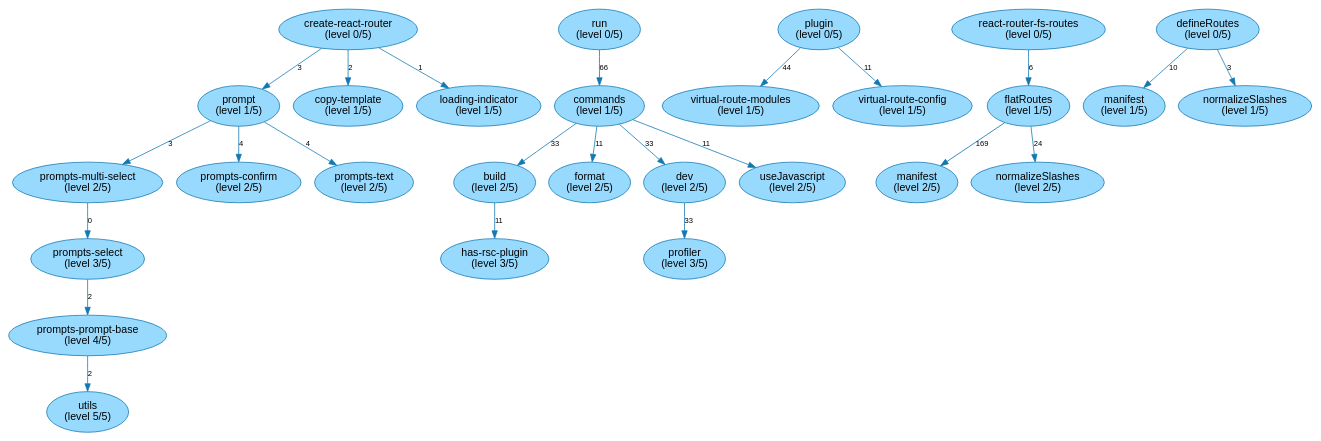
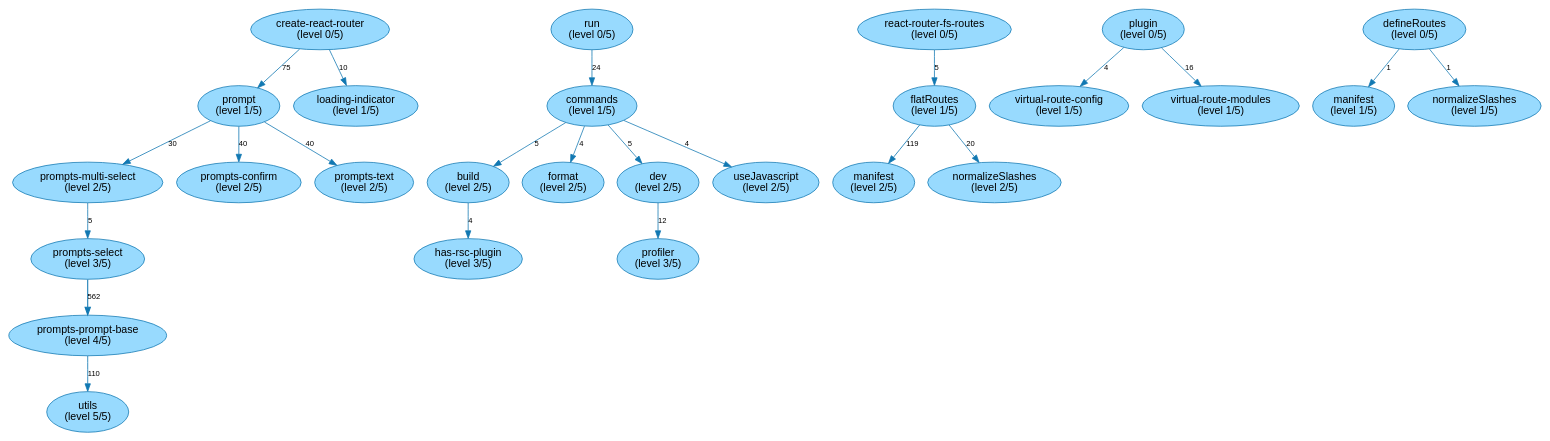
One commit to JohT/code-graph-analysis-examples changed the diagram in analysis-results/react-router/latest/path-finding-visualization/TypeScriptModuleLongestPathsIsolated.gv. Above: the diagram before and after it, drawn with Graphviz. The commit also changed 419 other files, not shown here.

```diff
--- a/analysis-results/react-router/latest/path-finding-visualization/TypeScriptModuleLongestPathsIsolated.gv
+++ b/analysis-results/react-router/latest/path-finding-visualization/TypeScriptModuleLongestPathsIsolated.gv
@@ -1,91 +1,91 @@
 // This GraphViz dot file was generated by the script convertQueryResultCsvToGraphVizDotFile.sh with default.template
 
 strict digraph TypeScriptModuleLongestPathsIsolated {
     fontname = "Helvetica,Arial,sans-serif";
     node [fontname = "Helvetica,Arial,sans-serif";];
     edge [fontname = "Helvetica,Arial,sans-serif"; fontsize = 10;];
     node [style = filled; fillcolor = "0.560 0.400 0.999";];
     node [color = "0.560 0.900 0.700";];
     edge [color = "0.560 0.900 0.700";];
-	"create-react-router\n(level 0/5)" -> "prompt\n(level 1/5)" [label=3; penwidth=1.0; ];
-	"prompt\n(level 1/5)" -> "prompts-multi-select\n(level 2/5)" [label=3; penwidth=1.0; ];
-	"prompts-multi-select\n(level 2/5)" -> "prompts-select\n(level 3/5)" [label=0; penwidth=1.0; ];
-	"prompts-select\n(level 3/5)" -> "prompts-prompt-base\n(level 4/5)" [label=2; penwidth=1.0; ];
-	"prompts-prompt-base\n(level 4/5)" -> "utils\n(level 5/5)" [label=2; penwidth=1.0; ];
-	"create-react-router\n(level 0/5)" -> "prompt\n(level 1/5)" [label=3; penwidth=1.0; ];
-	"prompt\n(level 1/5)" -> "prompts-multi-select\n(level 2/5)" [label=3; penwidth=1.0; ];
-	"prompts-multi-select\n(level 2/5)" -> "prompts-select\n(level 3/5)" [label=0; penwidth=1.0; ];
-	"prompts-select\n(level 3/5)" -> "prompts-prompt-base\n(level 4/5)" [label=2; penwidth=1.0; ];
-	"run\n(level 0/5)" -> "commands\n(level 1/5)" [label=66; penwidth=1.03; ];
-	"commands\n(level 1/5)" -> "build\n(level 2/5)" [label=33; penwidth=1.02; ];
+	"create-react-router\n(level 0/5)" -> "prompt\n(level 1/5)" [label=75; penwidth=1.05; ];
+	"prompt\n(level 1/5)" -> "prompts-multi-select\n(level 2/5)" [label=30; penwidth=1.02; ];
+	"prompts-multi-select\n(level 2/5)" -> "prompts-select\n(level 3/5)" [label=5; penwidth=1.0; ];
+	"prompts-select\n(level 3/5)" -> "prompts-prompt-base\n(level 4/5)" [label=562; penwidth=1.38; ];
+	"prompts-prompt-base\n(level 4/5)" -> "utils\n(level 5/5)" [label=110; penwidth=1.08; ];
+	"create-react-router\n(level 0/5)" -> "prompt\n(level 1/5)" [label=75; penwidth=1.05; ];
+	"prompt\n(level 1/5)" -> "prompts-multi-select\n(level 2/5)" [label=30; penwidth=1.02; ];
+	"prompts-multi-select\n(level 2/5)" -> "prompts-select\n(level 3/5)" [label=5; penwidth=1.0; ];
+	"prompts-select\n(level 3/5)" -> "prompts-prompt-base\n(level 4/5)" [label=562; penwidth=1.38; ];
+	"create-react-router\n(level 0/5)" -> "prompt\n(level 1/5)" [label=75; penwidth=1.05; ];
+	"prompt\n(level 1/5)" -> "prompts-multi-select\n(level 2/5)" [label=30; penwidth=1.02; ];
+	"prompts-multi-select\n(level 2/5)" -> "prompts-select\n(level 3/5)" [label=5; penwidth=1.0; ];
+	"run\n(level 0/5)" -> "commands\n(level 1/5)" [label=24; penwidth=1.02; ];
+	"commands\n(level 1/5)" -> "build\n(level 2/5)" [label=5; penwidth=1.0; ];
 	
-	"run\n(level 0/5)" -> "commands\n(level 1/5)" [label=66; penwidth=1.03; ];
-	"commands\n(level 1/5)" -> "format\n(level 2/5)" [label=11; penwidth=1.01; ];
+	"run\n(level 0/5)" -> "commands\n(level 1/5)" [label=24; penwidth=1.02; ];
+	"commands\n(level 1/5)" -> "format\n(level 2/5)" [label=4; penwidth=1.0; ];
 	
-	"run\n(level 0/5)" -> "commands\n(level 1/5)" [label=66; penwidth=1.03; ];
-	"commands\n(level 1/5)" -> "build\n(level 2/5)" [label=33; penwidth=1.02; ];
-	"build\n(level 2/5)" -> "has-rsc-plugin\n(level 3/5)" [label=11; penwidth=1.01; ];
-	"run\n(level 0/5)" -> "commands\n(level 1/5)" [label=66; penwidth=1.03; ];
-	"commands\n(level 1/5)" -> "build\n(level 2/5)" [label=33; penwidth=1.02; ];
+	"run\n(level 0/5)" -> "commands\n(level 1/5)" [label=24; penwidth=1.02; ];
+	"commands\n(level 1/5)" -> "build\n(level 2/5)" [label=5; penwidth=1.0; ];
+	"build\n(level 2/5)" -> "has-rsc-plugin\n(level 3/5)" [label=4; penwidth=1.0; ];
+	"run\n(level 0/5)" -> "commands\n(level 1/5)" [label=24; penwidth=1.02; ];
+	"commands\n(level 1/5)" -> "build\n(level 2/5)" [label=5; penwidth=1.0; ];
 	
-	"run\n(level 0/5)" -> "commands\n(level 1/5)" [label=66; penwidth=1.03; ];
-	"commands\n(level 1/5)" -> "dev\n(level 2/5)" [label=33; penwidth=1.02; ];
-	"dev\n(level 2/5)" -> "profiler\n(level 3/5)" [label=33; penwidth=1.02; ];
-	"run\n(level 0/5)" -> "commands\n(level 1/5)" [label=66; penwidth=1.03; ];
-	"commands\n(level 1/5)" -> "dev\n(level 2/5)" [label=33; penwidth=1.02; ];
+	"run\n(level 0/5)" -> "commands\n(level 1/5)" [label=24; penwidth=1.02; ];
+	"commands\n(level 1/5)" -> "dev\n(level 2/5)" [label=5; penwidth=1.0; ];
+	"dev\n(level 2/5)" -> "profiler\n(level 3/5)" [label=12; penwidth=1.01; ];
+	"run\n(level 0/5)" -> "commands\n(level 1/5)" [label=24; penwidth=1.02; ];
+	"commands\n(level 1/5)" -> "dev\n(level 2/5)" [label=5; penwidth=1.0; ];
 	
-	"create-react-router\n(level 0/5)" -> "prompt\n(level 1/5)" [label=3; penwidth=1.0; ];
-	"prompt\n(level 1/5)" -> "prompts-multi-select\n(level 2/5)" [label=3; penwidth=1.0; ];
-	"prompts-multi-select\n(level 2/5)" -> "prompts-select\n(level 3/5)" [label=0; penwidth=1.0; ];
+	"create-react-router\n(level 0/5)" -> "prompt\n(level 1/5)" [label=75; penwidth=1.05; ];
+	"prompt\n(level 1/5)" -> "prompts-confirm\n(level 2/5)" [label=40; penwidth=1.03; ];
+	"create-react-router\n(level 0/5)" -> "prompt\n(level 1/5)" [label=75; penwidth=1.05; ];
+	"prompt\n(level 1/5)" -> "prompts-multi-select\n(level 2/5)" [label=30; penwidth=1.02; ];
+	"create-react-router\n(level 0/5)" -> "prompt\n(level 1/5)" [label=75; penwidth=1.05; ];
+	"prompt\n(level 1/5)" -> "prompts-text\n(level 2/5)" [label=40; penwidth=1.03; ];
+	"react-router-fs-routes\n(level 0/5)" -> "flatRoutes\n(level 1/5)" [label=5; penwidth=1.0; ];
+	"flatRoutes\n(level 1/5)" -> "manifest\n(level 2/5)" [label=119; penwidth=1.08; ];
+	"react-router-fs-routes\n(level 0/5)" -> "flatRoutes\n(level 1/5)" [label=5; penwidth=1.0; ];
+	"flatRoutes\n(level 1/5)" -> "normalizeSlashes\n(level 2/5)" [label=20; penwidth=1.01; ];
+	"plugin\n(level 0/5)" -> "virtual-route-config\n(level 1/5)" [label=4; penwidth=1.0; ];
 	
-	"run\n(level 0/5)" -> "commands\n(level 1/5)" [label=66; penwidth=1.03; ];
-	"commands\n(level 1/5)" -> "useJavascript\n(level 2/5)" [label=11; penwidth=1.01; ];
-	"run\n(level 0/5)" -> "commands\n(level 1/5)" [label=66; penwidth=1.03; ];
-	"commands\n(level 1/5)" -> "format\n(level 2/5)" [label=11; penwidth=1.01; ];
-	"run\n(level 0/5)" -> "commands\n(level 1/5)" [label=66; penwidth=1.03; ];
+	"run\n(level 0/5)" -> "commands\n(level 1/5)" [label=24; penwidth=1.02; ];
+	"commands\n(level 1/5)" -> "useJavascript\n(level 2/5)" [label=4; penwidth=1.0; ];
+	"run\n(level 0/5)" -> "commands\n(level 1/5)" [label=24; penwidth=1.02; ];
+	"commands\n(level 1/5)" -> "format\n(level 2/5)" [label=4; penwidth=1.0; ];
+	"run\n(level 0/5)" -> "commands\n(level 1/5)" [label=24; penwidth=1.02; ];
 	
-	"plugin\n(level 0/5)" -> "virtual-route-modules\n(level 1/5)" [label=44; penwidth=1.02; ];
+	"plugin\n(level 0/5)" -> "virtual-route-modules\n(level 1/5)" [label=16; penwidth=1.01; ];
 	
-	"run\n(level 0/5)" -> "commands\n(level 1/5)" [label=66; penwidth=1.03; ];
-	"commands\n(level 1/5)" -> "build\n(level 2/5)" [label=33; penwidth=1.02; ];
-	"run\n(level 0/5)" -> "commands\n(level 1/5)" [label=66; penwidth=1.03; ];
-	"commands\n(level 1/5)" -> "dev\n(level 2/5)" [label=33; penwidth=1.02; ];
-	"plugin\n(level 0/5)" -> "virtual-route-modules\n(level 1/5)" [label=44; penwidth=1.02; ];
+	"run\n(level 0/5)" -> "commands\n(level 1/5)" [label=24; penwidth=1.02; ];
+	"commands\n(level 1/5)" -> "build\n(level 2/5)" [label=5; penwidth=1.0; ];
+	"run\n(level 0/5)" -> "commands\n(level 1/5)" [label=24; penwidth=1.02; ];
+	"commands\n(level 1/5)" -> "dev\n(level 2/5)" [label=5; penwidth=1.0; ];
+	"plugin\n(level 0/5)" -> "virtual-route-modules\n(level 1/5)" [label=16; penwidth=1.01; ];
 	
-	"react-router-fs-routes\n(level 0/5)" -> "flatRoutes\n(level 1/5)" [label=6; penwidth=1.0; ];
-	"flatRoutes\n(level 1/5)" -> "manifest\n(level 2/5)" [label=169; penwidth=1.09; ];
-	"react-router-fs-routes\n(level 0/5)" -> "flatRoutes\n(level 1/5)" [label=6; penwidth=1.0; ];
-	"flatRoutes\n(level 1/5)" -> "normalizeSlashes\n(level 2/5)" [label=24; penwidth=1.01; ];
-	"create-react-router\n(level 0/5)" -> "prompt\n(level 1/5)" [label=3; penwidth=1.0; ];
-	"prompt\n(level 1/5)" -> "prompts-confirm\n(level 2/5)" [label=4; penwidth=1.0; ];
-	"create-react-router\n(level 0/5)" -> "prompt\n(level 1/5)" [label=3; penwidth=1.0; ];
-	"prompt\n(level 1/5)" -> "prompts-multi-select\n(level 2/5)" [label=3; penwidth=1.0; ];
-	"create-react-router\n(level 0/5)" -> "prompt\n(level 1/5)" [label=3; penwidth=1.0; ];
-	"prompt\n(level 1/5)" -> "prompts-text\n(level 2/5)" [label=4; penwidth=1.0; ];
-	"run\n(level 0/5)" -> "commands\n(level 1/5)" [label=66; penwidth=1.03; ];
-	
-	
-	
-	
-	
-	
-	
-	"plugin\n(level 0/5)" -> "virtual-route-config\n(level 1/5)" [label=11; penwidth=1.01; ];
-	"plugin\n(level 0/5)" -> "virtual-route-modules\n(level 1/5)" [label=44; penwidth=1.02; ];
-	"react-router-fs-routes\n(level 0/5)" -> "flatRoutes\n(level 1/5)" [label=6; penwidth=1.0; ];
+	"create-react-router\n(level 0/5)" -> "loading-indicator\n(level 1/5)" [label=10; penwidth=1.01; ];
+	"create-react-router\n(level 0/5)" -> "prompt\n(level 1/5)" [label=75; penwidth=1.05; ];
 	
 	
 	
 	
 	
 	
 	
 	
 	
 	
-	"defineRoutes\n(level 0/5)" -> "manifest\n(level 1/5)" [label=10; penwidth=1.01; ];
-	"defineRoutes\n(level 0/5)" -> "normalizeSlashes\n(level 1/5)" [label=3; penwidth=1.0; ];
-	"create-react-router\n(level 0/5)" -> "copy-template\n(level 1/5)" [label=2; penwidth=1.0; ];
-	"create-react-router\n(level 0/5)" -> "loading-indicator\n(level 1/5)" [label=1; penwidth=1.0; ];
-	"create-react-router\n(level 0/5)" -> "prompt\n(level 1/5)" [label=3; penwidth=1.0; ];
+	"react-router-fs-routes\n(level 0/5)" -> "flatRoutes\n(level 1/5)" [label=5; penwidth=1.0; ];
+	"run\n(level 0/5)" -> "commands\n(level 1/5)" [label=24; penwidth=1.02; ];
+	
+	
+	
+	
+	
+	
+	
+	"plugin\n(level 0/5)" -> "virtual-route-config\n(level 1/5)" [label=4; penwidth=1.0; ];
+	"plugin\n(level 0/5)" -> "virtual-route-modules\n(level 1/5)" [label=16; penwidth=1.01; ];
+	"defineRoutes\n(level 0/5)" -> "manifest\n(level 1/5)" [label=1; penwidth=1.0; ];
+	"defineRoutes\n(level 0/5)" -> "normalizeSlashes\n(level 1/5)" [label=1; penwidth=1.0; ];
 }
```
